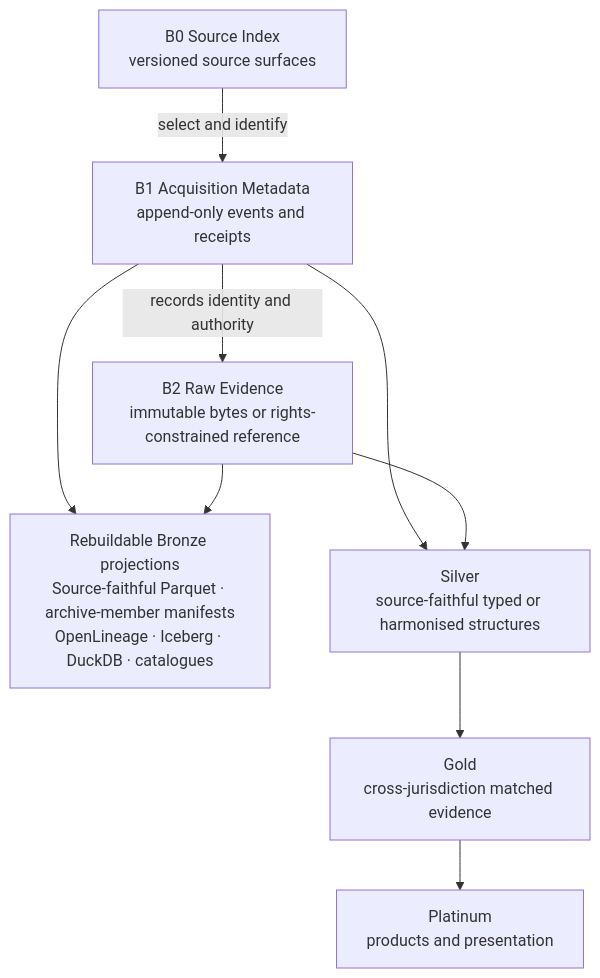
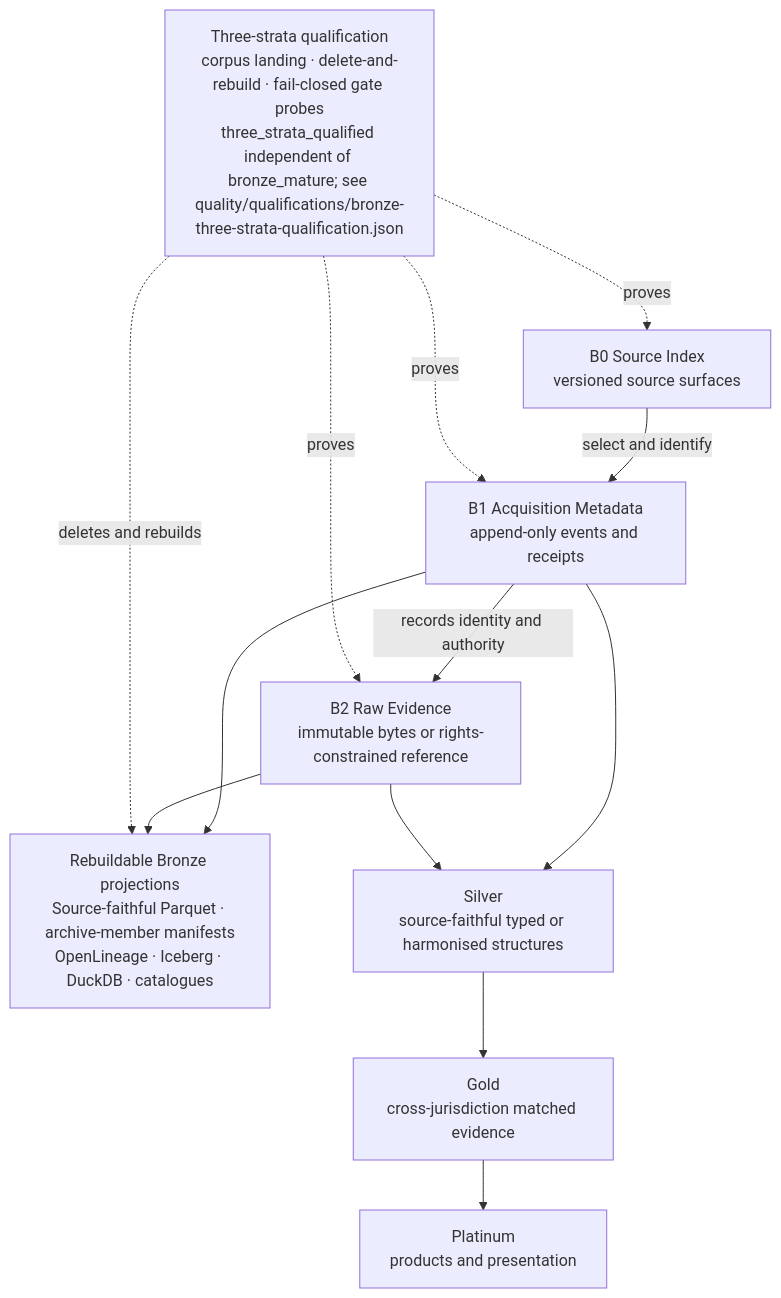
One commit to edithatogo/global-medicines-atlas changed the sixth of 20 diagrams in conductor/design.md. Above: the diagram before and after it, drawn with Mermaid. The commit also changed 10 other files, not shown here.

First line of the commit message:
feat: qualify end-to-end three-strata Bronze substrate

````diff
--- a/conductor/design.md
+++ b/conductor/design.md
@@ -194,19 +194,24 @@
 ```mermaid
 flowchart TB
     B0["B0 Source Index<br/>versioned source surfaces"]
     B1["B1 Acquisition Metadata<br/>append-only events and receipts"]
     B2["B2 Raw Evidence<br/>immutable bytes or rights-constrained reference"]
     PROJ["Rebuildable Bronze projections<br/>Source-faithful Parquet · archive-member manifests<br/>OpenLineage · Iceberg · DuckDB · catalogues"]
+    QUAL["Three-strata qualification<br/>corpus landing · delete-and-rebuild · fail-closed gate probes<br/>three_strata_qualified independent of bronze_mature; see quality/qualifications/bronze-three-strata-qualification.json"]
     SILVER["Silver<br/>source-faithful typed or harmonised structures"]
     GOLD["Gold<br/>cross-jurisdiction matched evidence"]
     PLATINUM["Platinum<br/>products and presentation"]
 
     B0 -->|select and identify| B1
     B1 -->|records identity and authority| B2
     B1 --> PROJ
     B2 --> PROJ
+    QUAL -.->|proves| B0
+    QUAL -.->|proves| B1
+    QUAL -.->|proves| B2
+    QUAL -.->|deletes and rebuilds| PROJ
     B1 --> SILVER
     B2 --> SILVER
     SILVER --> GOLD
     GOLD --> PLATINUM
 ```
````
